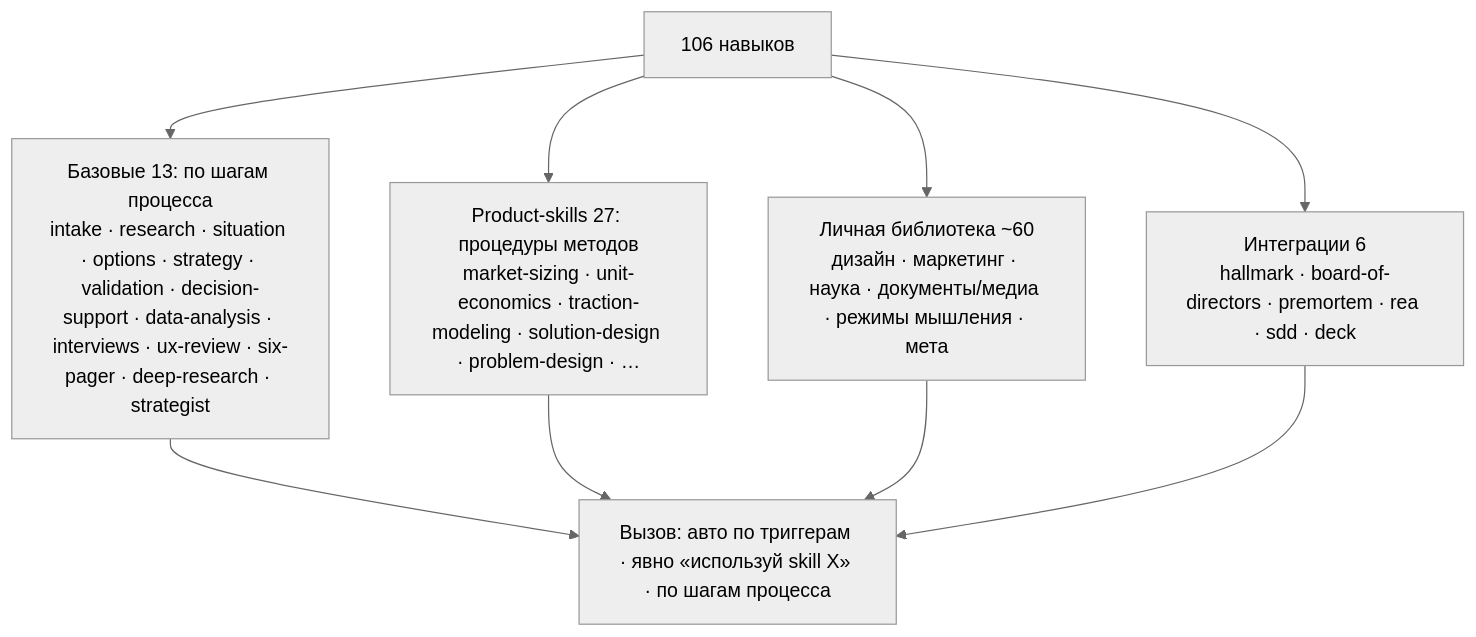
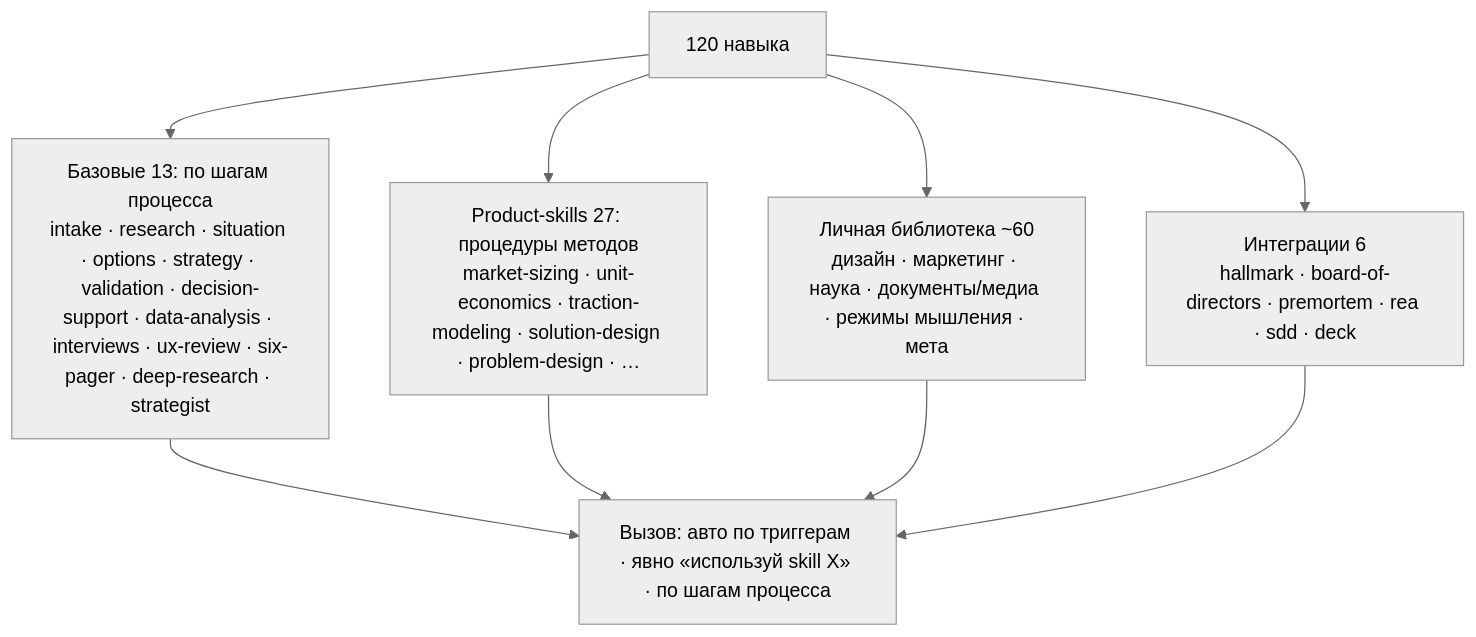
The third of 4 diagrams in README.md (Fighter90/product-factory-strategist), drawn with Mermaid (neutral theme) before and after one commit. The commit also changed other lines of this file and 7 other files, not shown here.

````diff
--- a/README.md
+++ b/README.md
@@ -106,8 +106,8 @@
 ```mermaid
 flowchart TB
-  SK["106 навыков"] --> B["Базовые 13: по шагам процесса<br/>intake · research · situation · options · strategy · validation · decision-support · data-analysis · interviews · ux-review · six-pager · deep-research · strategist"]
+  SK["120 навыка"] --> B["Базовые 13: по шагам процесса<br/>intake · research · situation · options · strategy · validation · decision-support · data-analysis · interviews · ux-review · six-pager · deep-research · strategist"]
   SK --> P["Product-skills 27: процедуры методов<br/>market-sizing · unit-economics · traction-modeling · solution-design · problem-design · …"]
   SK --> L["Личная библиотека ~60<br/>дизайн · маркетинг · наука · документы/медиа · режимы мышления · мета"]
   SK --> INT["Интеграции 6<br/>hallmark · board-of-directors · premortem · rea · sdd · deck"]
   B & P & L & INT --> INV["Вызов: авто по триггерам · явно «используй skill X» · по шагам процесса"]
 ```
````
